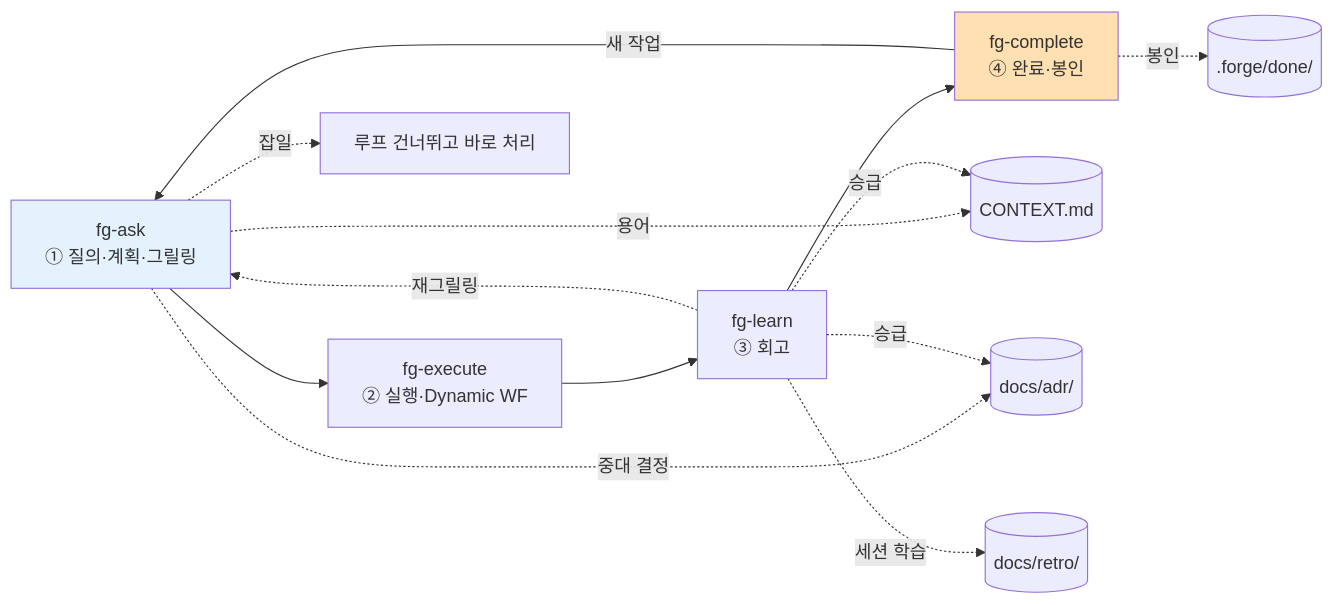
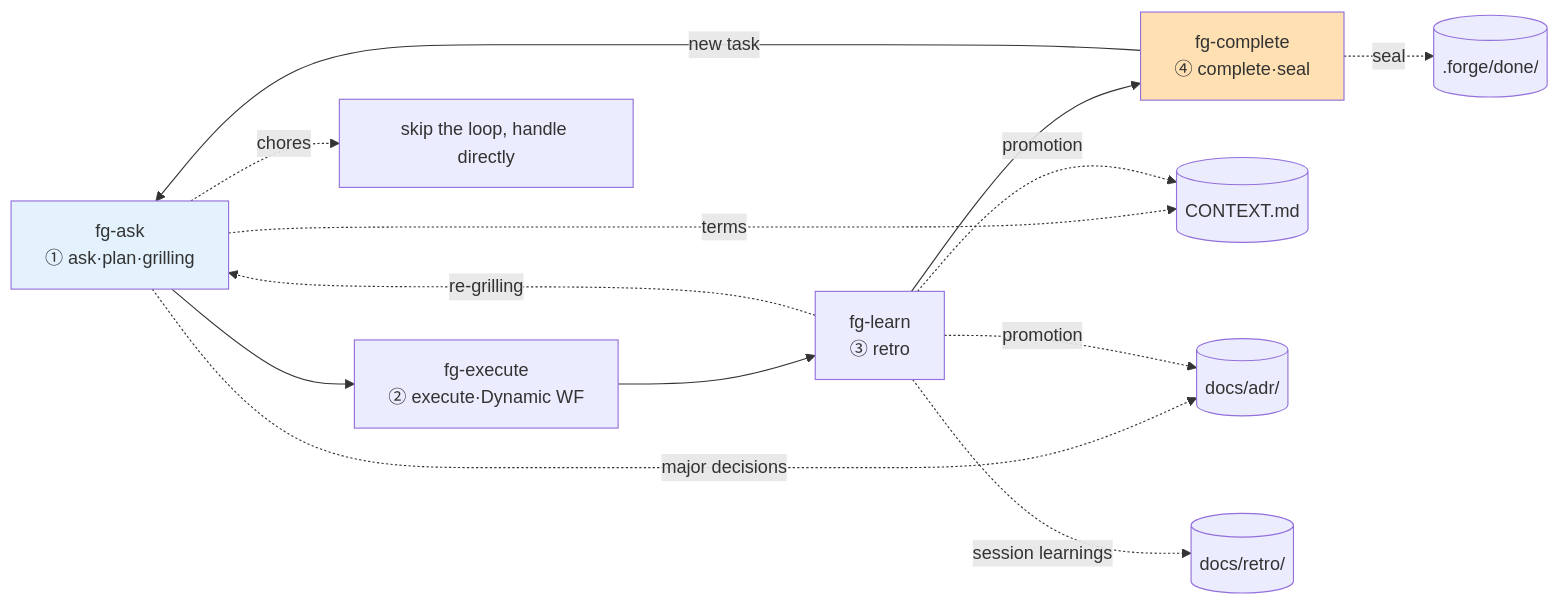
The diagram in README.md (gyuha/forge), drawn with Mermaid before and after one commit. The commit also changed other lines of this file and 2 other files, not shown here.

````diff
--- a/README.md
+++ b/README.md
@@ -23,17 +25,17 @@
 ```mermaid
 flowchart LR
-    A[fg-ask<br/>① 질의·계획·그릴링] --> E[fg-execute<br/>② 실행·Dynamic WF]
-    E --> L[fg-learn<br/>③ 회고]
-    L --> C[fg-complete<br/>④ 완료·봉인]
-    L -.재그릴링.-> A
-    C -->|새 작업| A
-    A -.잡일.-> X[루프 건너뛰고 바로 처리]
-    A -.용어.-> CTX[(CONTEXT.md)]
-    A -.중대 결정.-> ADR[(docs/adr/)]
-    L -.승급.-> CTX
-    L -.승급.-> ADR
-    L -.세션 학습.-> RETRO[(docs/retro/)]
-    C -.봉인.-> DONE[(.forge/done/)]
+    A[fg-ask<br/>① ask·plan·grilling] --> E[fg-execute<br/>② execute·Dynamic WF]
+    E --> L[fg-learn<br/>③ retro]
+    L --> C[fg-complete<br/>④ complete·seal]
+    L -.re-grilling.-> A
+    C -->|new task| A
+    A -.chores.-> X[skip the loop, handle directly]
+    A -.terms.-> CTX[(CONTEXT.md)]
+    A -.major decisions.-> ADR[(docs/adr/)]
+    L -.promotion.-> CTX
+    L -.promotion.-> ADR
+    L -.session learnings.-> RETRO[(docs/retro/)]
+    C -.seal.-> DONE[(.forge/done/)]
     style A fill:#e3f2fd
     style C fill:#ffe0b2
 ```
````
